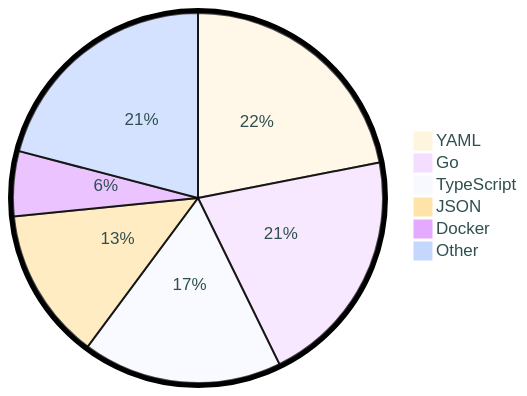
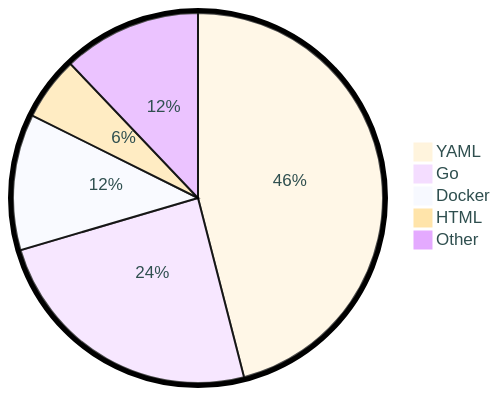
The diagram in README.md (tot0p/tot0p), drawn with Mermaid before and after one commit. The commit also changed other lines of this file, not shown here.

````diff
--- a/README.md
+++ b/README.md
@@ -134,10 +129,9 @@
 ```mermaid
 %%{init: {"pie": {"textPosition": 0.5}, "themeVariables": {"pieOuterStrokeWidth": "5px","primaryTextColor" : "#2F4F4F"},"theme":"base"} }%%
 pie
-	"YAML": 21.92
-	"Go": 20.83
-	"TypeScript": 17.41
-	"JSON": 13.25
-	"Docker": 5.67
-	"Other": 20.919999999999998
+	"YAML": 46.0
+	"Go": 24.46
+	"Docker": 11.9
+	"HTML": 5.55
+	"Other": 12.1
 ```
````
